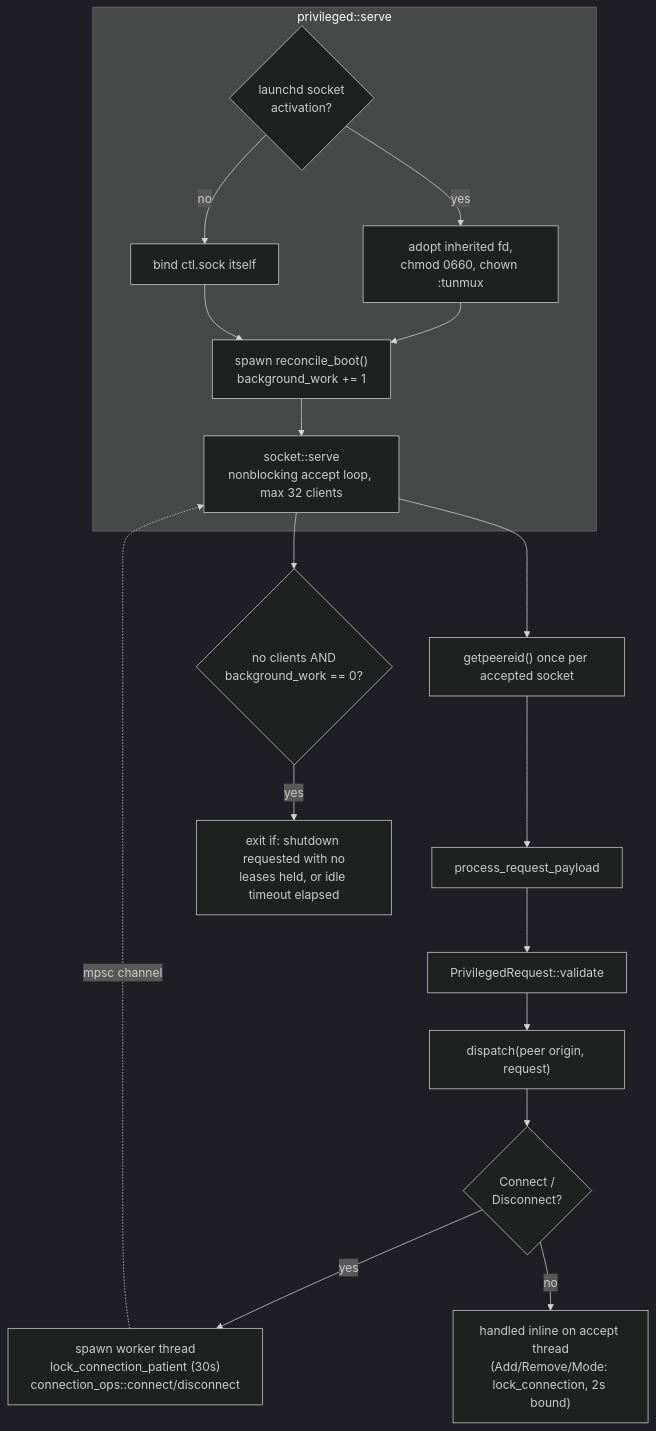
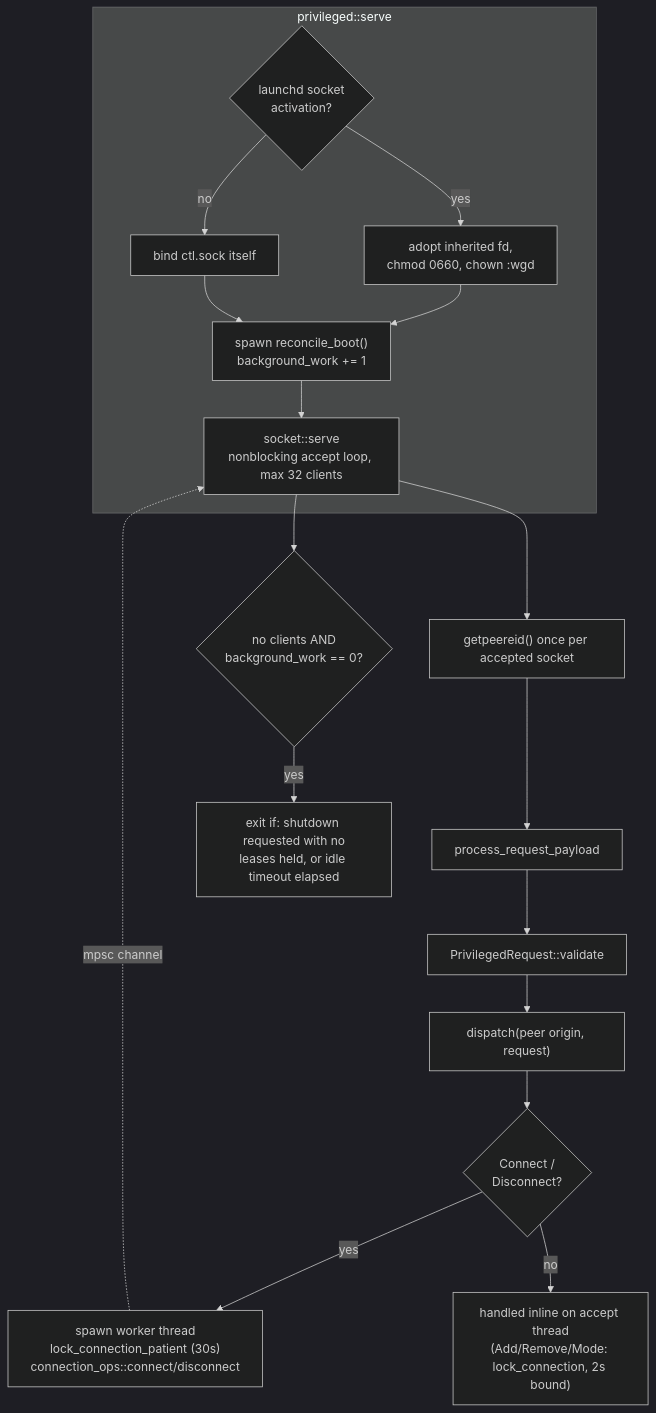
The seventh of 11 diagrams in doc/architecture.md (pansen/macos-wireguard-daemon), drawn with Mermaid (dark theme) before and after one commit. The commit also changed other lines of this file and 36 other files, not shown here.

````diff
--- a/doc/architecture.md
+++ b/doc/architecture.md
@@ -400,25 +400,25 @@
 ```mermaid
 flowchart TB
     subgraph serve["privileged::serve"]
         ACT{"launchd socket<br/>activation?"}
-        ACT -->|yes| FD["adopt inherited fd,<br/>chmod 0660, chown :tunmux"]
+        ACT -->|yes| FD["adopt inherited fd,<br/>chmod 0660, chown :wgd"]
         ACT -->|no| BIND["bind ctl.sock itself"]
         FD --> SPAWN
         BIND --> SPAWN
         SPAWN["spawn reconcile_boot()<br/>background_work += 1"] --> LOOP
     end
 
     LOOP["socket::serve<br/>nonblocking accept loop, max 32 clients"]
     LOOP --> GPC["getpeereid() once per accepted socket"]
     GPC --> PRP["process_request_payload"]
     PRP --> VAL["PrivilegedRequest::validate"]
     VAL --> DISP["dispatch(peer origin, request)"]
 
     DISP --> IMM{"Connect /<br/>Disconnect?"}
     IMM -->|yes| WORK["spawn worker thread<br/>lock_connection_patient (30s)<br/>connection_ops::connect/disconnect"]
     WORK -.->|"mpsc channel"| LOOP
     IMM -->|no| SYNC["handled inline on accept thread<br/>(Add/Remove/Mode: lock_connection, 2s bound)"]
 
     LOOP --> IDLE{"no clients AND<br/>background_work == 0?"}
     IDLE -->|yes| EXIT["exit if: shutdown requested with no<br/>leases held, or idle timeout elapsed"]
 ```
````
